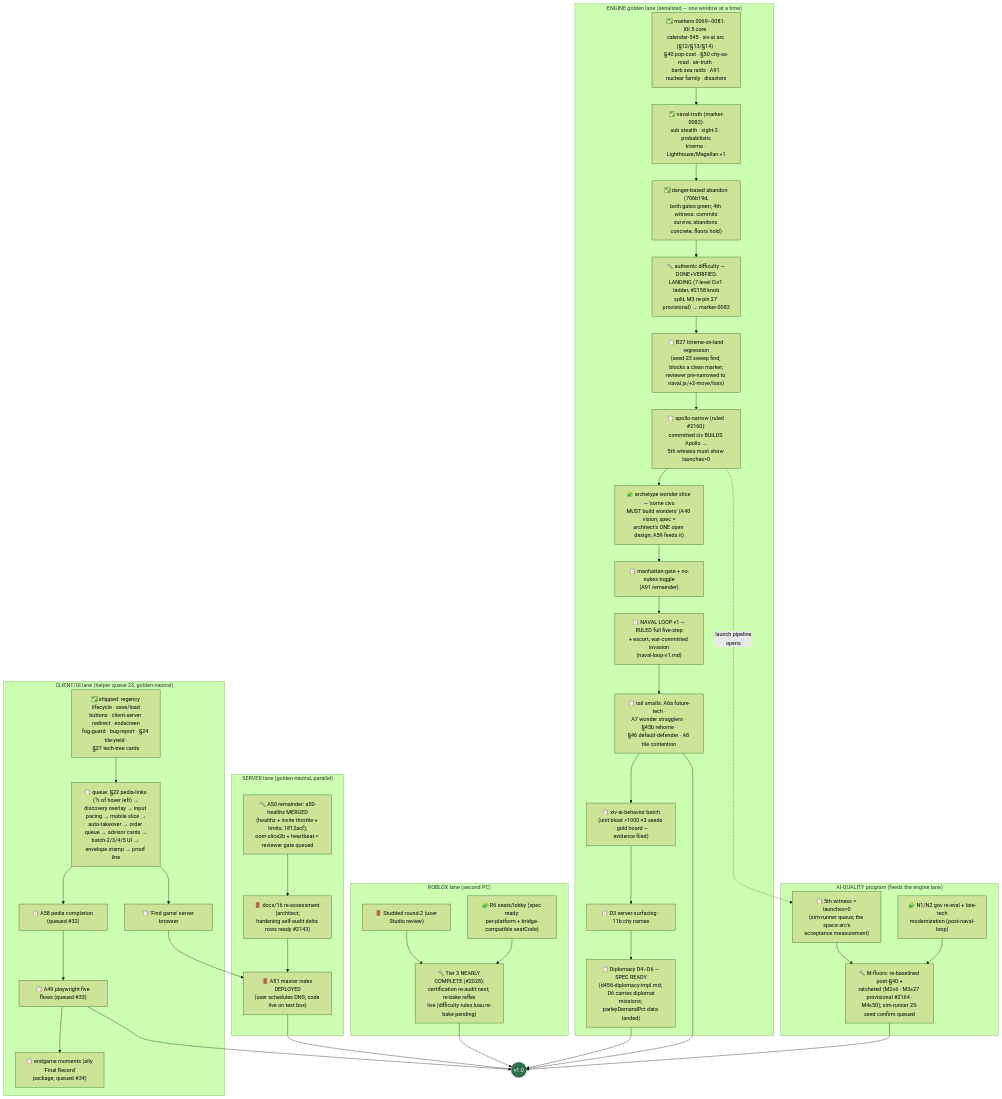
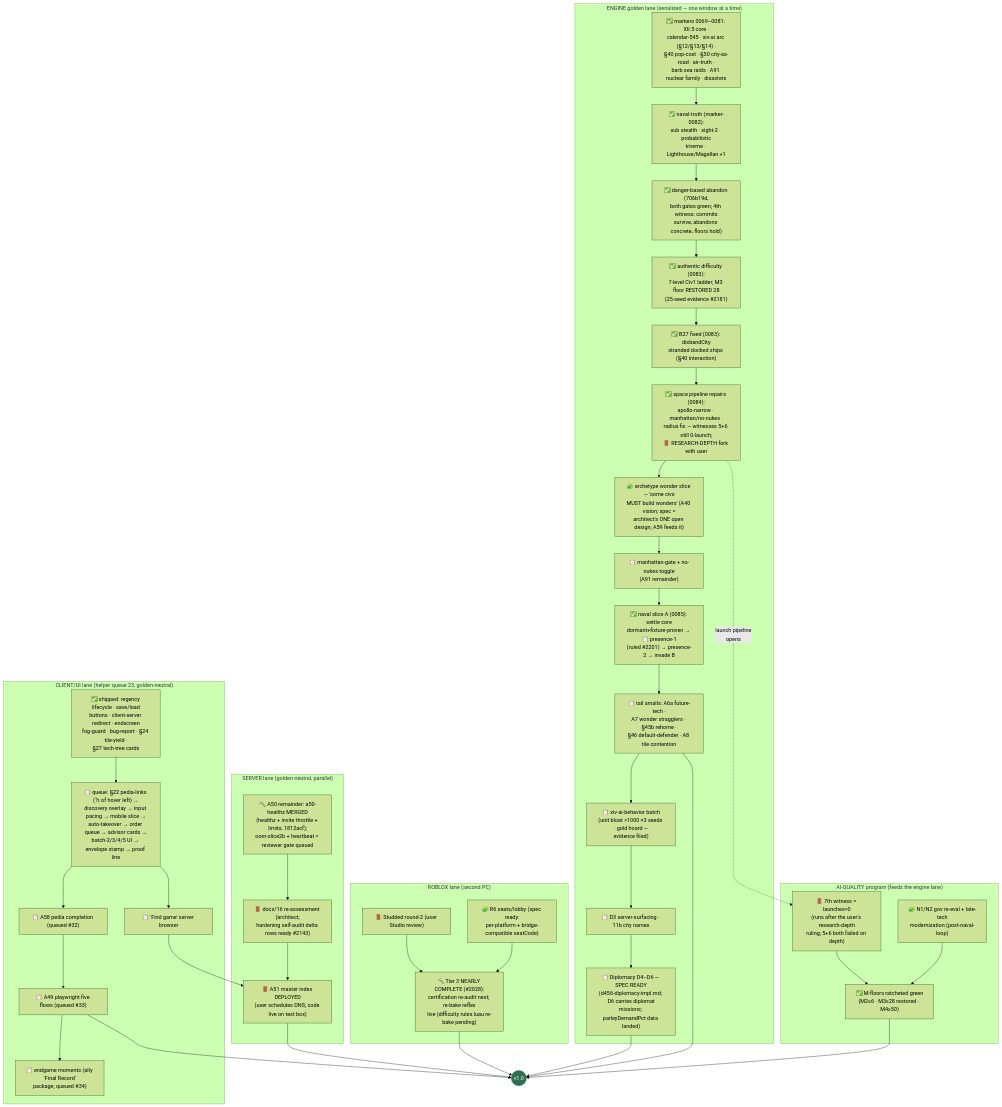
The diagram in plan-version1.md (kjelloe/RetroMultiCiv), drawn with Mermaid (forest theme) before and after one commit. The commit also changed other lines of this file and 2 other files, not shown here.

Commit message:
sync: plan currency to marker-0085 (6 nodes flipped), xii5b arc conclusion, archetype-wonders spec DRAFTED (the last open design)

````diff
--- a/plan-version1.md
+++ b/plan-version1.md
@@ -28,66 +30,66 @@
 ```mermaid
 flowchart TD
   subgraph ENGINE["ENGINE golden lane (serialized — one window at a time)"]
     HIST["✅ markers 0069–0081: XII.5 core ·\ncalendar-545 · xiv-ai arc (§12/§13/§14) ·\n§40 pop-cost · §50 city-as-road · air-truth ·\nbarb sea raids · A91 nuclear family · disasters"]
     NAV2["✅ naval-truth (marker-0082):\nsub stealth · sight-2 · probabilistic\ntrireme · Lighthouse/Magellan +1"]
     DAB["✅ danger-based abandon (706b19d,\nboth gates green; 4th witness: commits\nsurvive, abandons concrete, floors hold)"]
-    DIFF["🔨 authentic difficulty — DONE+VERIFIED,\nLANDING (7-level Civ1 ladder, #2158 knob\nsplit, M3 re-pin 27 provisional) → marker-0083"]
-    B27["📋 B27 trireme-on-land regression\n(seed-23 sweep find; blocks a clean marker;\nreviewer pre-narrowed to naval.js/+2-move/loss)"]
-    APN["📋 apollo-narrow (ruled #2160):\ncommitted civ BUILDS Apollo →\n5th witness must show launches>0"]
+    DIFF["✅ authentic difficulty (0083):\n7-level Civ1 ladder; M3 floor RESTORED 28\n(25-seed evidence #2181)"]
+    B27["✅ B27 fixed (0083): disbandCity\nstranded docked ships (§40 interaction)"]
+    APN["✅ space pipeline repairs (0084):\napollo-narrow · manhattan/no-nukes ·\nradius fix — witnesses 5+6 still 0-launch;\n🚪 RESEARCH-DEPTH fork with user"]
     ARCH["🧩 archetype wonder slice — 'some civs\nMUST build wonders' (A40 vision; spec =\narchitect's ONE open design; A59 feeds it)"]
     MAN["📋 manhattan-gate + no-nukes toggle\n(A91 remainder)"]
-    NAVL["📋 NAVAL LOOP v1 — RULED full five-step\n+ escort, war-committed invasion\n(naval-loop-v1.md)"]
+    NAVL["✅ naval slice A (0085): settle core\ndormant+fixture-proven → 📋 presence-1\n(ruled #2201) → presence-2 → invade B"]
     SMALL["📋 tail smalls: A6a future-tech ·\nA7 wonder stragglers · §45b rehome ·\n§46 default-defender · A8 tile contention"]
     XAB["📋 xiv-ai-behavior batch\n(unit bloat >1000 ×3 seeds · gold hoard —\nevidence filed)"]
     D3S["📋 D3 server-surfacing · 11b city names"]
     D46["📋 Diplomacy D4–D6 — SPEC READY\n(d456-diplomacy-impl.md; D6 carries diplomat\nmissions; parleyDemandPct data landed)"]
     HIST --> NAV2 --> DAB --> DIFF --> B27 --> APN --> ARCH
     ARCH --> MAN --> NAVL --> SMALL --> XAB --> D3S --> D46
   end
 
   subgraph SERVER["SERVER lane (golden-neutral, parallel)"]
     A50R["🔨 A50 remainder: a50-healthz MERGED\n(healthz + invite throttle + limits, 1812acf);\noom-slice2b + heartbeat = reviewer gate queued"]
     SEC["🚪 docs/16 re-assessment (architect;\nhardening self-audit delta rows ready #2143)"]
     A51D["🚪 A51 master index DEPLOYED\n(user schedules DNS; code live on test box)"]
     A50R --> SEC --> A51D
   end
 
   subgraph CLIENT["CLIENT/UI lane (helper queue 23, golden-neutral)"]
     XIVD["✅ shipped: regency lifecycle · save/load\nbuttons · client-server redirect · endscreen\nfog-guard · bug-report · §24 tile-yield ·\n§27 tech-tree cards"]
     XIVQ["📋 queue: §22 pedia-links (⅓ of hover left) →\ndiscovery overlay → input pacing → mobile slice →\nauto-takeover → order queue → advisor cards →\nbatch-2/3/4/5 UI → envelope stamp → proof line"]
     A58["📋 A58 pedia completion (queued #32)"]
     A49["📋 A49 playwright five flows (queued #33)"]
     END["📋 endgame moments (ally 'Final Record'\npackage; queued #34)"]
     FG["📋 'Find game' server browser"]
     XIVD --> XIVQ --> A58 --> A49 --> END
     XIVQ --> FG
   end
 
   subgraph ROBLOX["ROBLOX lane (second PC)"]
     T3["🔨 Tier 3 NEARLY COMPLETE (#2028):\ncertification re-audit next; re-bake reflex\nlive (difficulty rules.luau re-bake pending)"]
     STUD["🚪 Studded round-2 (user Studio review)"]
     R6["🧩 R6 seats/lobby (spec ready:\nper-platform + bridge-compatible seatCode)"]
     STUD --> T3
     R6 --> T3
   end
 
   subgraph AIQ["AI-QUALITY program (feeds the engine lane)"]
-    MFL["🔨 M-floors: re-baselined post-§40 +\nratcheted (M2≥6 · M3≥27 provisional #2164 ·\nM4≥50); sim-runner 25-seed confirm queued"]
-    W5["📋 5th witness = launches>0\n(sim-runner queue; the space arc's\nacceptance measurement)"]
+    MFL["✅ M-floors ratcheted green\n(M2≥6 · M3≥28 restored · M4≥50)"]
+    W5["🚪 7th witness = launches>0\n(runs after the user's research-depth\nruling; 5+6 both failed on depth)"]
     GOV["🧩 N1/N2 gov re-eval + late-tech\nmodernization (post-naval-loop)"]
     W5 --> MFL
     GOV --> MFL
   end
 
   A51D --> V1
   T3 --> V1
   D46 --> V1
   SMALL --> V1
   MFL --> V1
   A49 --> V1
   FG --> A51D
   APN -. "launch pipeline\nopens" .-> W5
   V1(("v1.0")):::goal
 
   classDef goal fill:#2f6f4f,color:#fff,stroke:#2f6f4f
 ```
````
